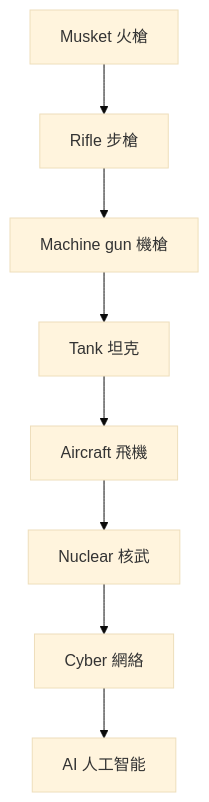
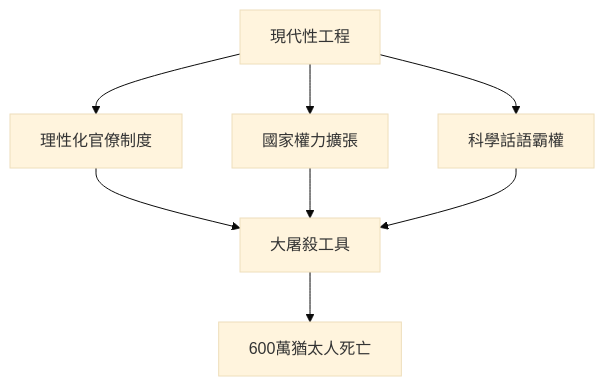
One commit to yip-lgtm/HKU-Harvard-History-Self-Study changed the ninth of 10 diagrams in 01_HKU_Courses/HIST2063_Europe_and_modernity.md. Above: the diagram before and after it, drawn with Mermaid (base theme). The commit also changed other lines of this file and 48 other files, not shown here.

````diff
--- a/01_HKU_Courses/HIST2063_Europe_and_modernity.md
+++ b/01_HKU_Courses/HIST2063_Europe_and_modernity.md
@@ -396,10 +283,12 @@
 ```mermaid
-graph TD
-    A[Musket 火槍] --> B[Rifle 步槍]
-    B --> C[Machine gun 機槍]
-    C --> D[Tank 坦克]
-    D --> E[Aircraft 飛機]
-    E --> F[Nuclear 核武]
-    F --> G[Cyber 網絡]
-    G --> H[AI 人工智能]
+flowchart TD
+    A[現代性工程] --> B[理性化官僚制度]
+    A --> C[國家權力擴張]
+    A --> D[科學話語霸權]
+    
+    B --> E[大屠殺工具]
+    C --> E
+    D --> E
+    
+    E --> F[600萬猶太人死亡]
 ```
````
